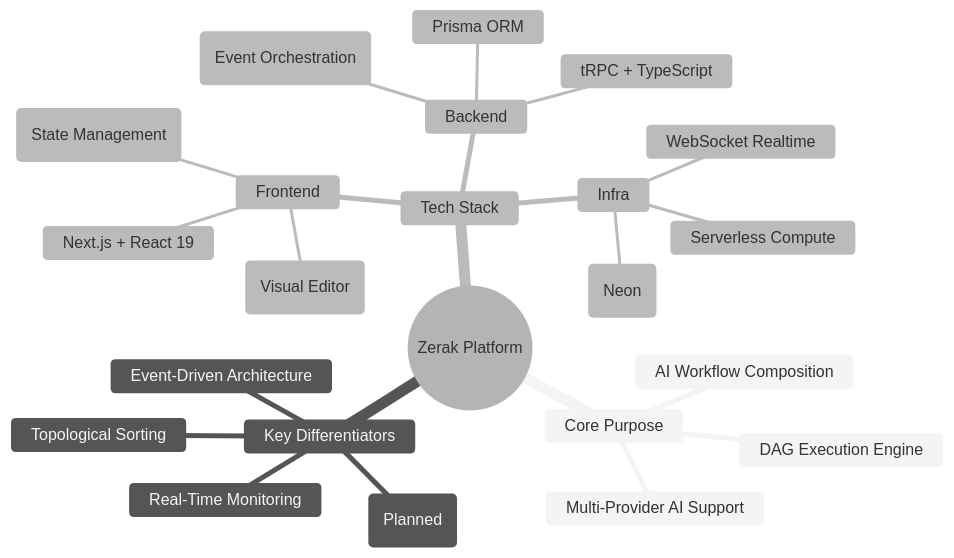
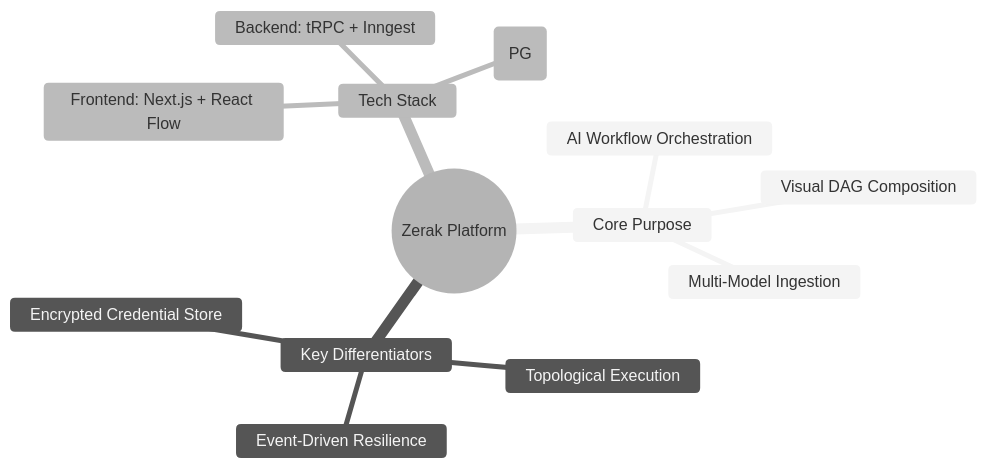
The first of 9 diagrams in README.md (Nemathullahkhan/Zerak), drawn with Mermaid (neutral theme) before and after one commit. The commit also changed other lines of this file, not shown here.

````diff
--- a/README.md
+++ b/README.md
@@ -15,26 +14,16 @@
 ```mermaid
 mindmap
   root((Zerak Platform))
     Core Purpose
-      AI Workflow Composition
-      DAG Execution Engine
-      Multi-Provider AI Support
+      AI Workflow Orchestration
+      Visual DAG Composition
+      Multi-Model Ingestion
     Key Differentiators
-      Event-Driven Architecture
-      Real-Time Monitoring
-      Topological Sorting
-      Cost Estimation (Planned)
+      Event-Driven Resilience
+      Topological Execution
+      Encrypted Credential Store
     Tech Stack
-      Frontend
-        Next.js + React 19
-        React Flow (Visual Editor)
-        Jotai (State Management)
-      Backend
-        tRPC + TypeScript
-        Inngest (Event Orchestration)
-        Prisma ORM
-      Infra
-        PostgreSQL (Neon)
-        Serverless Compute
-        WebSocket Realtime
+      Frontend: Next.js + React Flow
+      Backend: tRPC + Inngest
+      Infra: Prisma + Neon (PG)
 ```
````
